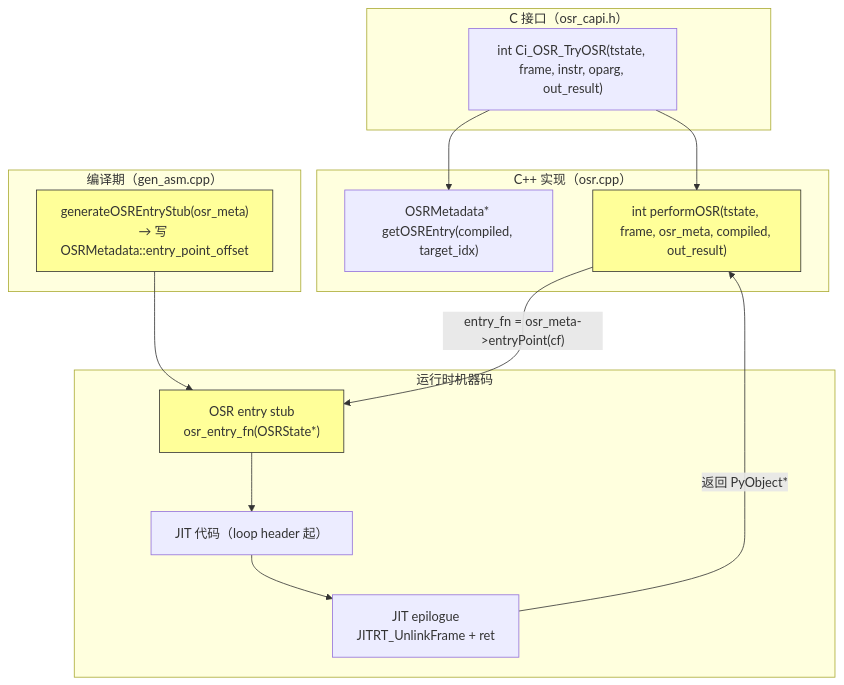
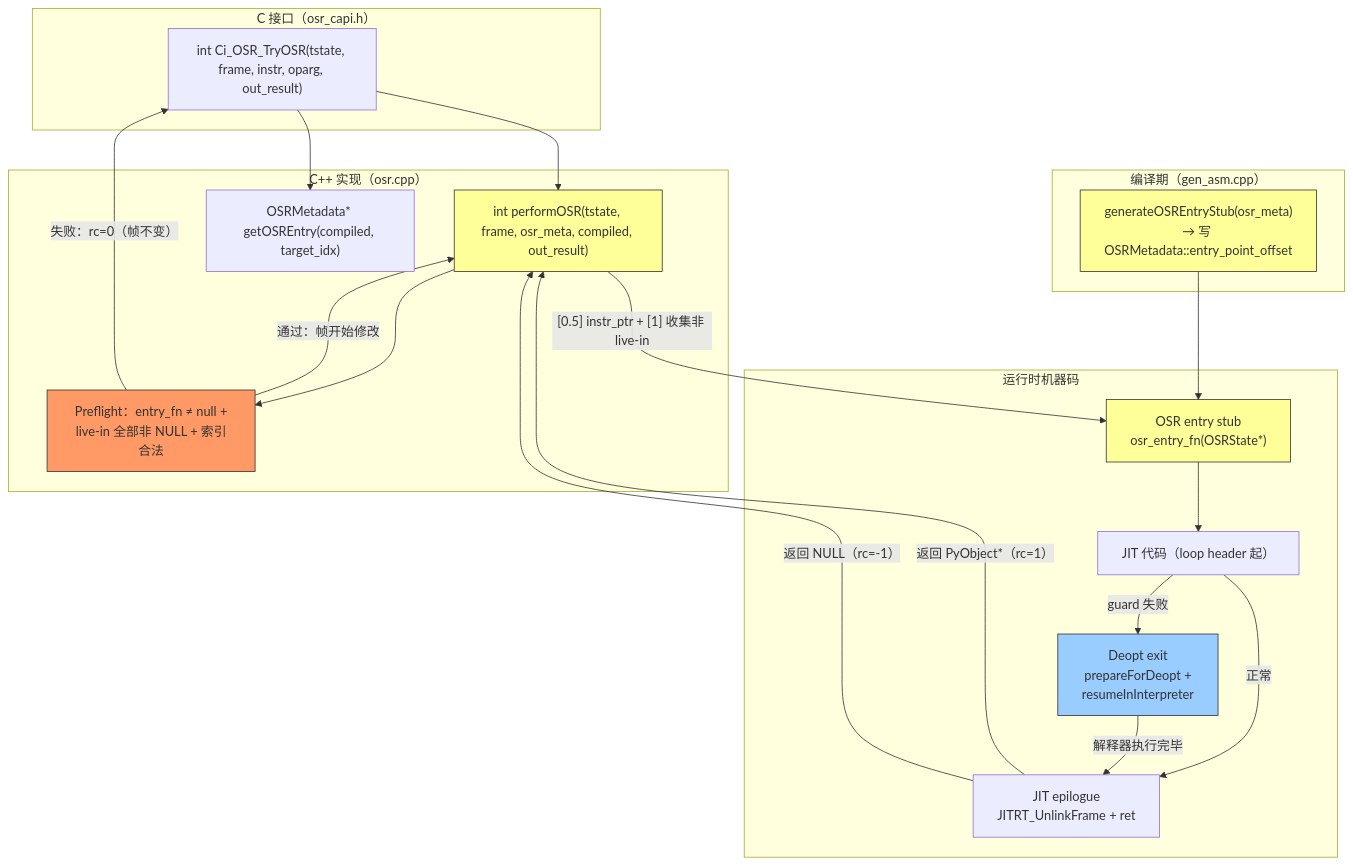
The diagram in docs/design/hot-loop-osr/hot-loop-osr-entry-detailed-design.md (Cookie4Cat/cinderx-dev), drawn with Mermaid before and after one commit. The commit also changed other lines of this file and 1 other file, not shown here.

First line of the commit message:
[Fix] - Address Codex review findings in OSR detailed design docs

````diff
--- a/docs/design/hot-loop-osr/hot-loop-osr-entry-detailed-design.md
+++ b/docs/design/hot-loop-osr/hot-loop-osr-entry-detailed-design.md
@@ -668,33 +848,43 @@
 ```mermaid
 flowchart TD
     subgraph "C 接口（osr_capi.h）"
         TryOSR["int Ci_OSR_TryOSR(tstate, frame, instr, oparg, out_result)"]
     end
 
     subgraph "C++ 实现（osr.cpp）"
         PerfOSR["int performOSR(tstate, frame, osr_meta, compiled, out_result)"]
         GetEntry["OSRMetadata* getOSREntry(compiled, target_idx)"]
+        Preflight["Preflight：entry_fn ≠ null +<br/>live-in 全部非 NULL + 索引合法"]
     end
 
     subgraph "编译期（gen_asm.cpp）"
         GenStub["generateOSREntryStub(osr_meta)<br/>→ 写 OSRMetadata::entry_point_offset"]
     end
 
     subgraph "运行时机器码"
         Stub["OSR entry stub<br/>osr_entry_fn(OSRState*)"]
         JIT["JIT 代码（loop header 起）"]
         Epilogue["JIT epilogue<br/>JITRT_UnlinkFrame + ret"]
+        Deopt["Deopt exit<br/>prepareForDeopt +<br/>resumeInInterpreter"]
     end
 
     TryOSR --> GetEntry
     TryOSR --> PerfOSR
-    PerfOSR --> |"entry_fn = osr_meta->entryPoint(cf)"| Stub
+    PerfOSR --> Preflight
+    Preflight --> |"通过：帧开始修改"| PerfOSR
+    Preflight --> |"失败：rc=0（帧不变）"| TryOSR
+    PerfOSR --> |"[0.5] instr_ptr + [1] 收集非 live-in"| Stub
     Stub --> JIT
-    JIT --> Epilogue
-    Epilogue --> |"返回 PyObject*"| PerfOSR
+    JIT --> |"正常"| Epilogue
+    JIT --> |"guard 失败"| Deopt
+    Deopt --> |"解释器执行完毕"| Epilogue
+    Epilogue --> |"返回 PyObject*（rc=1）"| PerfOSR
+    Epilogue --> |"返回 NULL（rc=-1）"| PerfOSR
     GenStub --> Stub
 
     style Stub fill:#ff9,stroke:#333
     style GenStub fill:#ff9,stroke:#333
     style PerfOSR fill:#ff9,stroke:#333
+    style Preflight fill:#f96,stroke:#333
+    style Deopt fill:#9cf,stroke:#333
 ```
````
